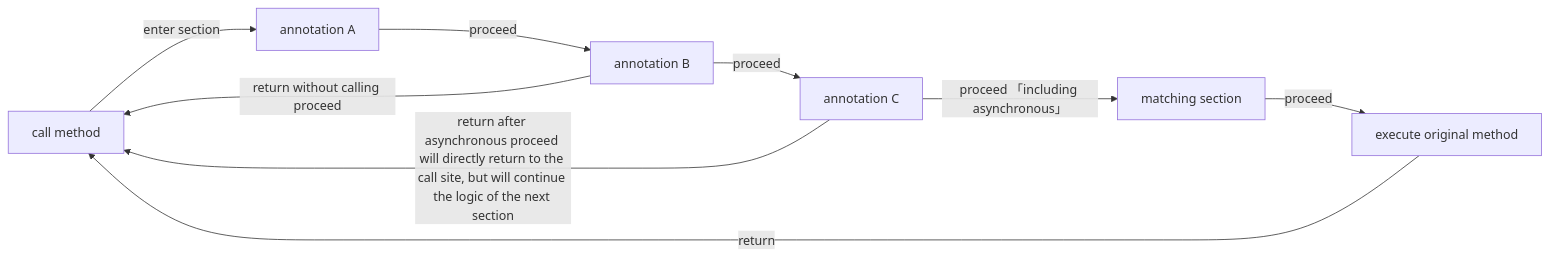
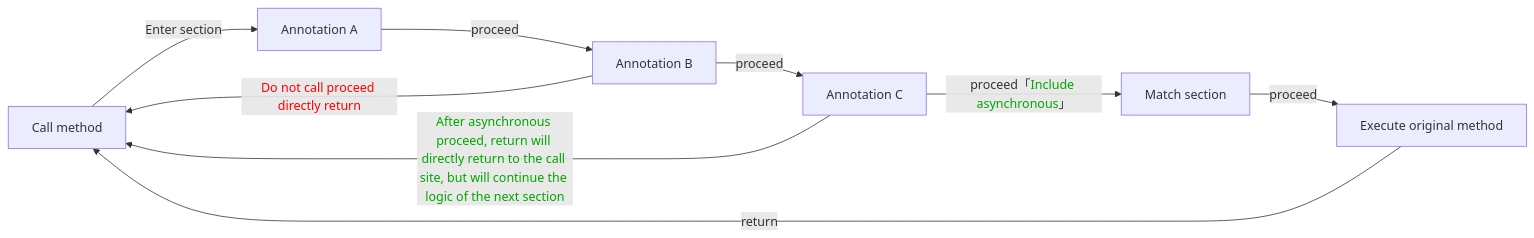
One commit to FlyJingFish/AndroidAOP changed the diagram in docs/ProceedJoinPoint.md. Above: the diagram before and after it, drawn with Mermaid. The commit also changed other lines of this file and 2 other files, not shown here.

Commit message:
1、修改文档

````diff
--- a/docs/ProceedJoinPoint.md
+++ b/docs/ProceedJoinPoint.md
@@ -24,11 +24,11 @@
 ``` mermaid
 graph LR
-X[call method] --> |enter section| A[annotation A];
-A[annotation A] --> |proceed| B[annotation B];
-B --> |proceed| C[annotation C];
-B --> |return without calling proceed| X;
-C --> |return after asynchronous proceed will directly return to the call site, but will continue the logic of the next section| X;
-C --> |proceed 「including asynchronous」| D[matching section];
-D --> |proceed| E[execute original method];
+X[Call method] --> |Enter section| A[Annotation A];
+A[Annotation A] --> |proceed| B[Annotation B];
+B --> |proceed| C[Annotation C];
+B --> |<span style='color:red'>Do not call proceed directly return</span>| X;
+C --> |<span style='color:#00A600'>After asynchronous proceed, return will directly return to the call site, but will continue the logic of the next section</span>| X;
+C --> |proceed「<span style='color:#00A600'>Include asynchronous</span>」| D[Match section];
+D --> |proceed| E[Execute original method];
 E --> |return| X;
 ```
````
